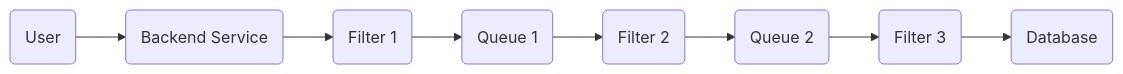
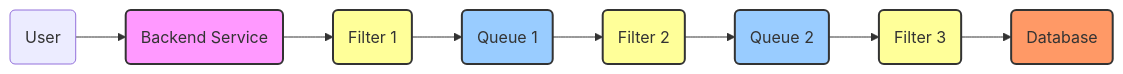
One commit to dotoryeee/blog changed the first of 12 diagrams in docs/blog/posts/Cloud Infra/software-architecture-patterns.md. Above: the diagram before and after it, drawn with Mermaid. The commit also changed other lines of this file, not shown here.

Commit message:
update post: software architecture

````diff
--- a/docs/blog/posts/Cloud Infra/software-architecture-patterns.md
+++ b/docs/blog/posts/Cloud Infra/software-architecture-patterns.md
@@ -42,11 +42,19 @@
 ``` mermaid
 graph LR
     사용자(User) --> 백엔드서비스(Backend Service)
     백엔드서비스 --> 필터1(Filter 1)
     필터1 --> 큐1(Queue 1)
     큐1 --> 필터2(Filter 2)
     필터2 --> 큐2(Queue 2)
     큐2 --> 필터3(Filter 3)
     필터3 --> 데이터베이스(Database)
 
+    style 백엔드서비스 fill:#f9f,stroke:#333,stroke-width:2px
+    style 필터1 fill:#ff9,stroke:#333,stroke-width:2px
+    style 필터2 fill:#ff9,stroke:#333,stroke-width:2px
+    style 필터3 fill:#ff9,stroke:#333,stroke-width:2px
+    style 큐1 fill:#9cf,stroke:#333,stroke-width:2px
+    style 큐2 fill:#9cf,stroke:#333,stroke-width:2px
+    style 데이터베이스 fill:#f96,stroke:#333,stroke-width:2px
+
 ```
````
